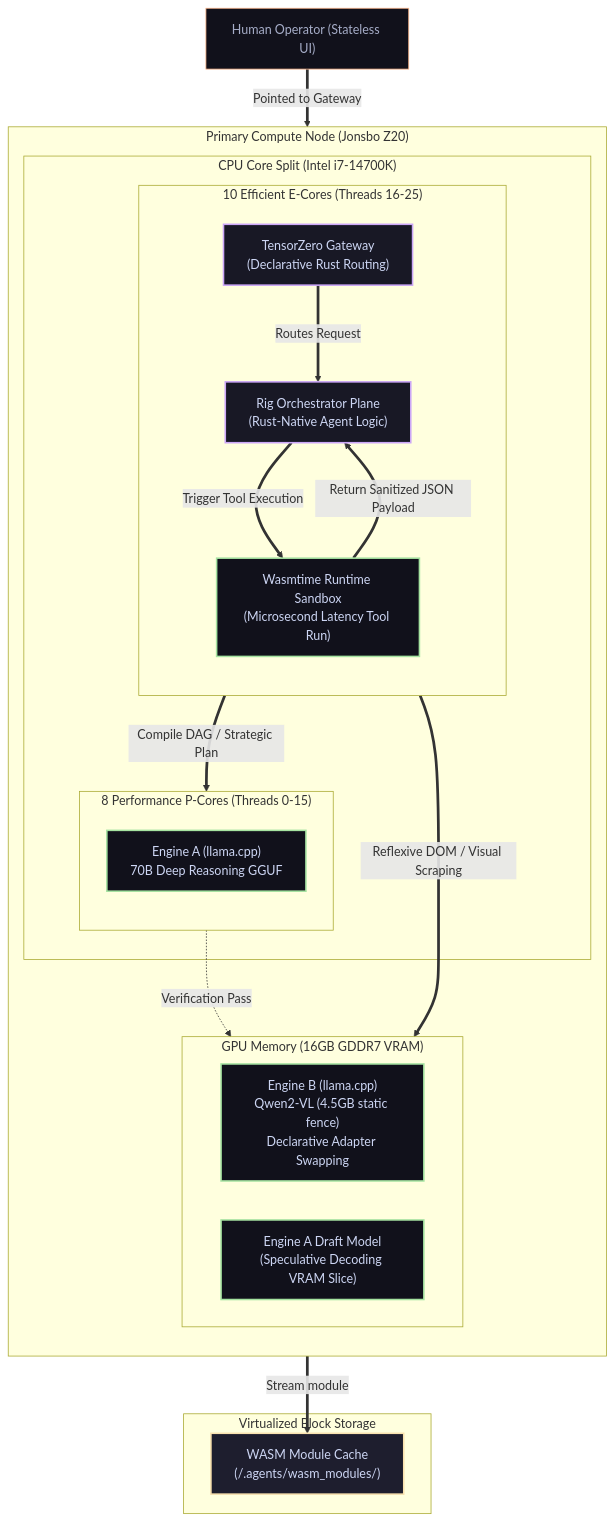
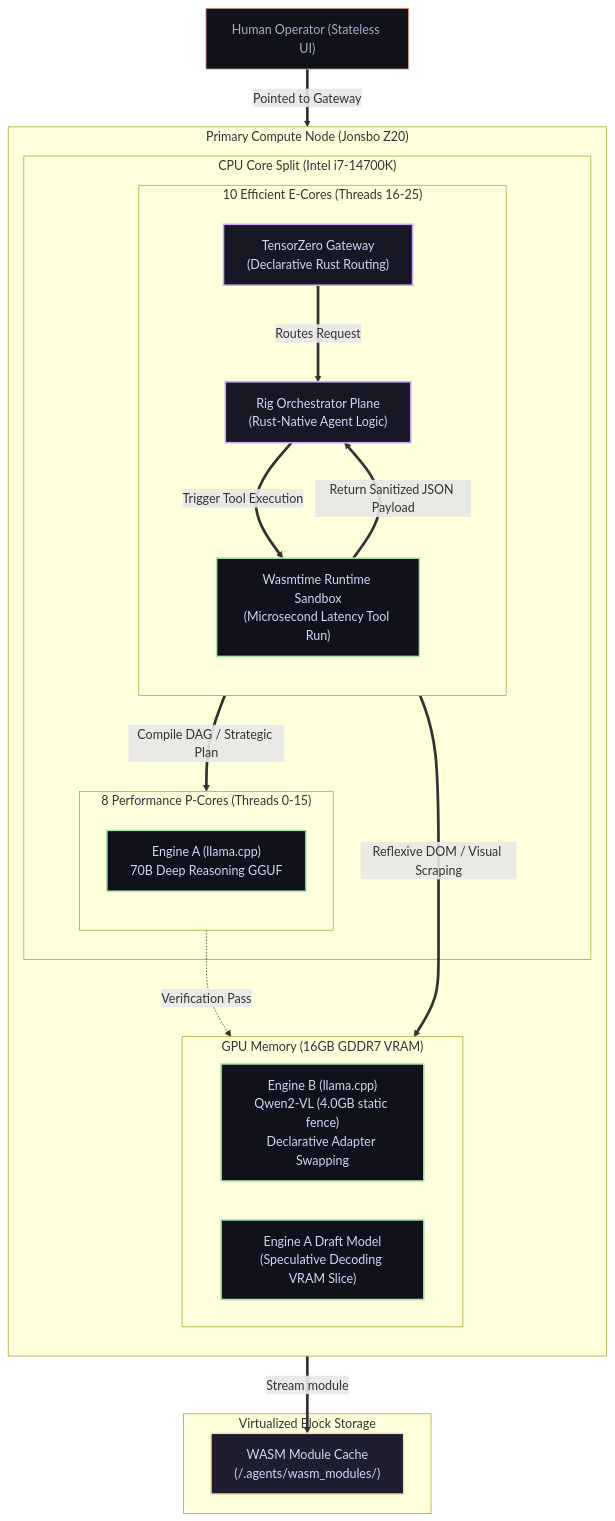
One commit to foersben/janus-synapse-edge changed the diagram in docs/08. Agent Workflows & UI Layer.md. Above: the diagram before and after it, drawn with Mermaid. The commit also changed other lines of this file and 9 other files, not shown here.

````diff
--- a/docs/08. Agent Workflows & UI Layer.md
+++ b/docs/08. Agent Workflows & UI Layer.md
@@ -38,53 +38,53 @@
 ```mermaid
 flowchart TD
     %% Styling Definitions
     classDef hardware fill:#181825,stroke:#89b4fa,stroke-width:2px,color:#cdd6f4
     classDef virtual fill:#11111b,stroke:#a6e3a1,stroke-width:2px,color:#cdd6f4
     classDef runtime fill:#181825,stroke:#cba6f7,stroke-width:2px,color:#cdd6f4
     classDef memory fill:#1e1e2e,stroke:#f9e2af,stroke-width:2px,color:#cdd6f4
     classDef switch fill:#11111b,stroke:#fab387,stroke-width:1px,color:#a6adc8
 
     User["Human Operator (Stateless UI)"]:::switch
 
     subgraph ComputeNode["Primary Compute Node (Jonsbo Z20)"]
         direction TB
 
         subgraph CoreAllocation["CPU Core Split (Intel i7-14700K)"]
             subgraph E_Cores["10 Efficient E-Cores (Threads 16-25)"]
                 direction TB
                 TZGateway["TensorZero Gateway<br/>(Declarative Rust Routing)"]:::runtime
                 RigEngine["Rig Orchestrator Plane<br/>(Rust-Native Agent Logic)"]:::runtime
                 Wasmtime["Wasmtime Runtime Sandbox<br/>(Microsecond Latency Tool Run)"]:::virtual
             end
 
             subgraph P_Cores["8 Performance P-Cores (Threads 0-15)"]
                 direction TB
                 EngineA["Engine A (llama.cpp)<br/>70B Deep Reasoning GGUF"]:::virtual
             end
         end
 
         subgraph BlackwellVRAM["GPU Memory (16GB GDDR7 VRAM)"]
             direction LR
-            EngineB["Engine B (llama.cpp)<br/>Qwen2-VL (4.5GB static fence)<br/>Declarative Adapter Swapping"]:::virtual
+            EngineB["Engine B (llama.cpp)<br/>Qwen2-VL (4.0GB static fence)<br/>Declarative Adapter Swapping"]:::virtual
             EngineA_VRAM["Engine A Draft Model<br/>(Speculative Decoding VRAM Slice)"]:::virtual
         end
     end
 
     subgraph LocalDisk["Virtualized Block Storage"]
         WASM_Dir["WASM Module Cache<br/>(/.agents/wasm_modules/)"]:::memory
     end
 
     %% Interactions and logic flow
     User ==>|"Pointed to Gateway"| TZGateway
     TZGateway ==>|"Routes Request"| RigEngine
 
     RigEngine ==>|"Compile DAG / Strategic Plan"| EngineA
     RigEngine ==>|"Reflexive DOM / Visual Scraping"| EngineB
     RigEngine ==>|"Trigger Tool Execution"| Wasmtime
 
     Wasmtime ==>|"Stream module"| WASM_Dir
     Wasmtime ==>|"Return Sanitized JSON Payload"| RigEngine
 
     %% Speculative decoding CPU/GPU link
     EngineA -. "Verification Pass" .-> EngineA_VRAM
 ```
````
